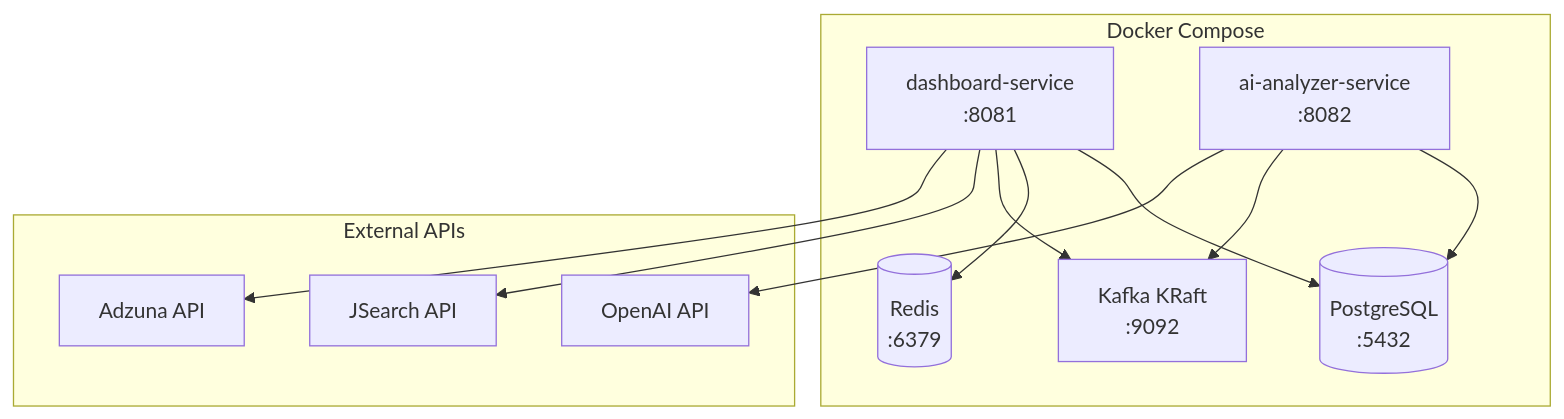
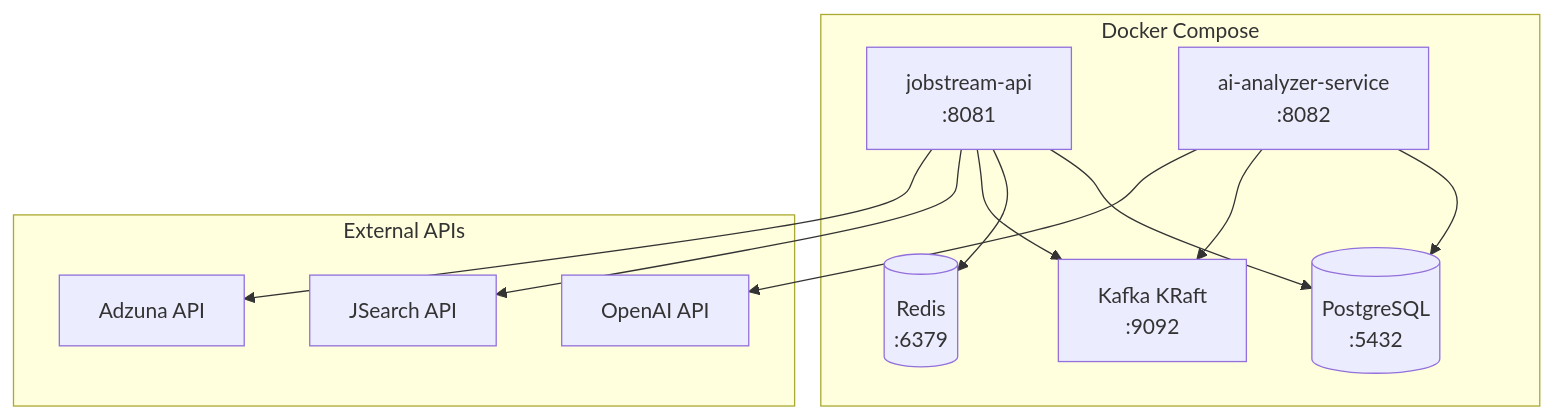
Before and after one commit to JuB3ll3c/jobstream-bmad: the second of 2 diagrams in README.md, drawn with Mermaid. The commit also changed other lines of this file and 2 other files, not shown here.

Commit message:
Fix: Fix name service in architecture spine + add ADR 10 + add mention to BMAD in README.md

````diff
--- a/README.md
+++ b/README.md
@@ -53,21 +53,21 @@
 ```mermaid
 flowchart TB
     subgraph DockerLocal[Docker Compose]
-        DASH[dashboard-service<br/>:8081]
+        DASH[jobstream-api<br/>:8081]
         ANL[ai-analyzer-service<br/>:8082]
         PG[(PostgreSQL<br/>:5432)]
         RD[(Redis<br/>:6379)]
         KF[Kafka KRaft<br/>:9092]
     end
 
     subgraph External[External APIs]
         JS[JSearch API]
         AZ[Adzuna API]
         OAI[OpenAI API]
     end
 
     DASH --> PG & RD & KF
     ANL --> PG & KF
     DASH --> JS & AZ
     ANL --> OAI
 ```
````
